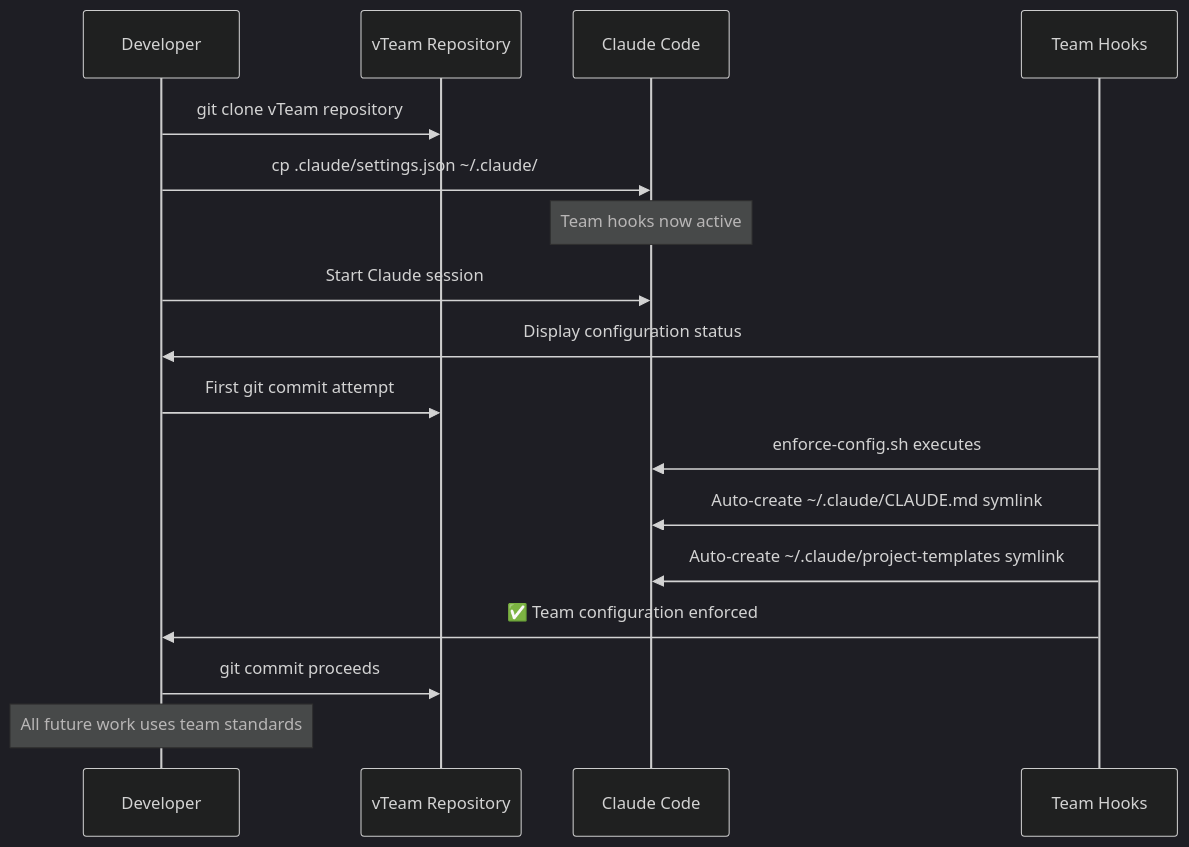
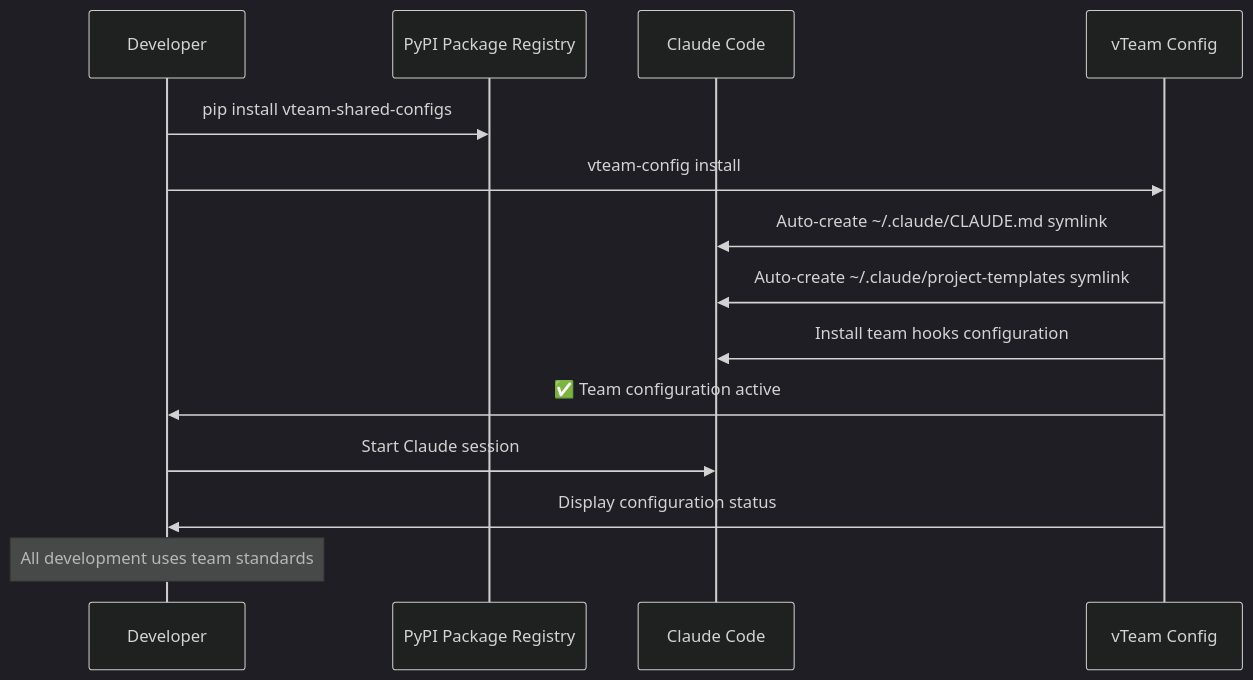
Before and after one commit to sbekkerm/vTeam: the second of 3 diagrams in src/vteam_shared_configs/data/README.md, drawn with Mermaid (dark theme). The commit also changed 14 other files, not shown here.

````diff
--- a/src/vteam_shared_configs/data/README.md
+++ b/src/vteam_shared_configs/data/README.md
@@ -36,23 +36,19 @@
 ```mermaid
 sequenceDiagram
     participant Dev as Developer
-    participant Repo as vTeam Repository  
+    participant PyPI as PyPI Package Registry
     participant Claude as Claude Code
-    participant Hooks as Team Hooks
+    participant Config as vTeam Config
     
-    Dev->>Repo: git clone vTeam repository
-    Dev->>Claude: cp .claude/settings.json ~/.claude/
-    Note over Claude: Team hooks now active
+    Dev->>PyPI: pip install vteam-shared-configs
+    Dev->>Config: vteam-config install
+    Config->>Claude: Auto-create ~/.claude/CLAUDE.md symlink
+    Config->>Claude: Auto-create ~/.claude/project-templates symlink
+    Config->>Claude: Install team hooks configuration
+    Config->>Dev: ✅ Team configuration active
     
     Dev->>Claude: Start Claude session
-    Hooks->>Dev: Display configuration status
+    Config->>Dev: Display configuration status
     
-    Dev->>Repo: First git commit attempt
-    Hooks->>Claude: enforce-config.sh executes
-    Hooks->>Claude: Auto-create ~/.claude/CLAUDE.md symlink
-    Hooks->>Claude: Auto-create ~/.claude/project-templates symlink
-    Hooks->>Dev: ✅ Team configuration enforced
-    
-    Dev->>Repo: git commit proceeds
-    Note over Dev: All future work uses team standards
+    Note over Dev: All development uses team standards
 ```
````
